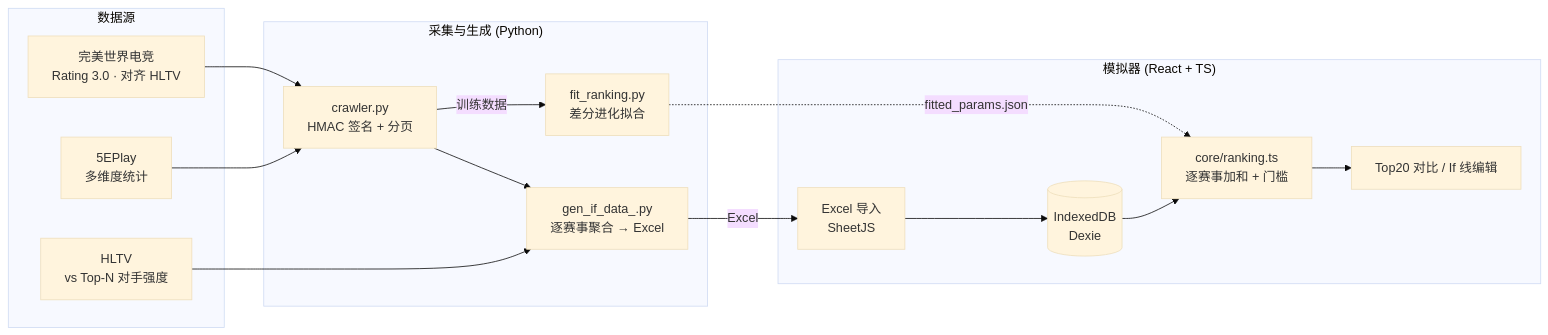
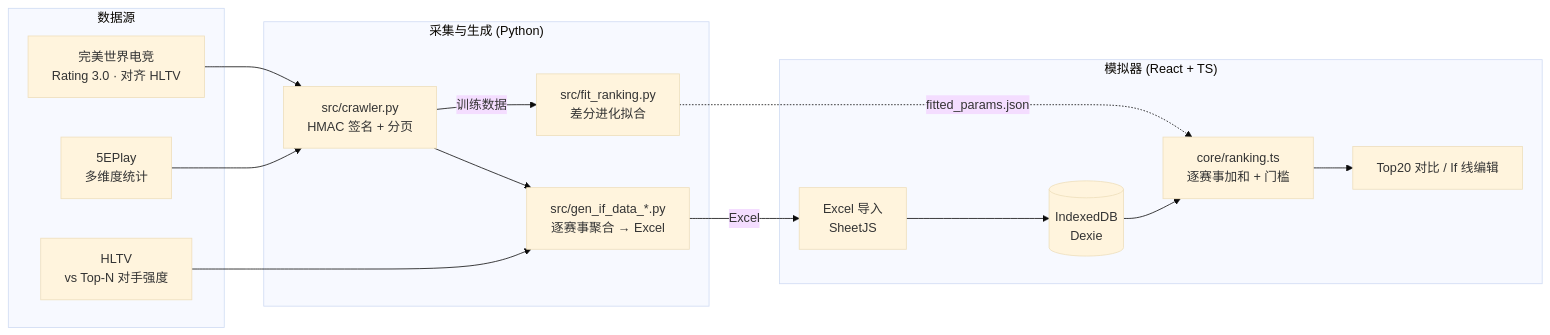
One commit to bootsh-zvuat/IFTV-TOP20 changed the diagram in README.md. Above: the diagram before and after it, drawn with Mermaid (base theme). The commit also changed other lines of this file and 17 other files, not shown here.

````diff
--- a/README.md
+++ b/README.md
@@ -115,32 +115,32 @@
 ```mermaid
 flowchart LR
     subgraph SRC["数据源"]
         WM["完美世界电竞<br/>Rating 3.0 · 对齐 HLTV"]
         E5["5EPlay<br/>多维度统计"]
         HL["HLTV<br/>vs Top-N 对手强度"]
     end
 
     subgraph PIPE["采集与生成 (Python)"]
-        CR["crawler.py<br/>HMAC 签名 + 分页"]
-        GEN["gen_if_data_<year>.py<br/>逐赛事聚合 → Excel"]
-        FIT["fit_ranking.py<br/>差分进化拟合"]
+        CR["src/crawler.py<br/>HMAC 签名 + 分页"]
+        GEN["src/gen_if_data_*.py<br/>逐赛事聚合 → Excel"]
+        FIT["src/fit_ranking.py<br/>差分进化拟合"]
     end
 
     subgraph APP["模拟器 (React + TS)"]
         IMP["Excel 导入<br/>SheetJS"]
         CORE["core/ranking.ts<br/>逐赛事加和 + 门槛"]
         DB[("IndexedDB<br/>Dexie")]
         UI["Top20 对比 / If 线编辑"]
     end
 
     WM --> CR
     E5 --> CR
     HL --> GEN
     CR --> GEN
     GEN -->|"Excel"| IMP
     CR -->|"训练数据"| FIT
     FIT -.->|"fitted_params.json"| CORE
     IMP --> DB
     DB --> CORE
     CORE --> UI
 ```
````
